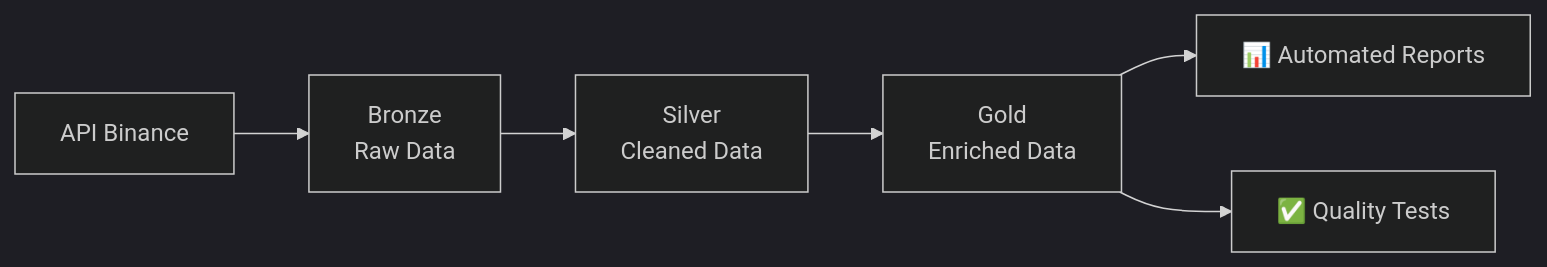
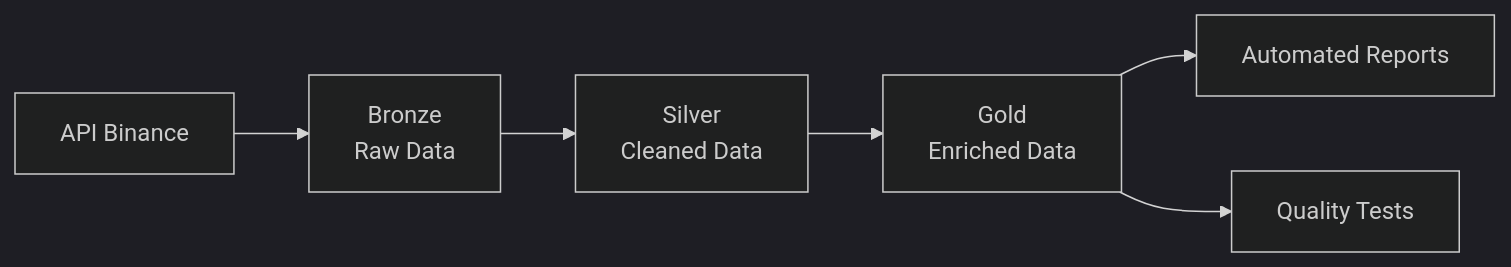
The diagram in README.md (Jpcuomo/1st-delta-lake-pipeline), drawn with Mermaid (dark theme) before and after one commit. The commit also changed other lines of this file and 65 other files, not shown here.

````diff
--- a/README.md
+++ b/README.md
@@ -19,8 +19,8 @@
 ```mermaid
 flowchart LR
     A[API Binance] --> B[Bronze<br/>Raw Data]
     B --> C[Silver<br/>Cleaned Data]
     C --> D[Gold<br/>Enriched Data]
-    D --> E[📊 Automated Reports]
-    D --> F[✅ Quality Tests]
+    D --> E[Automated Reports]
+    D --> F[Quality Tests]
 ```
````
